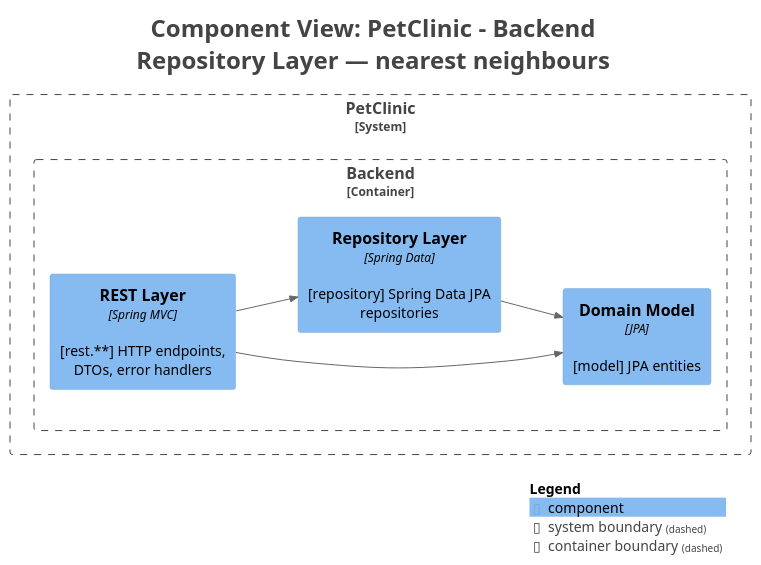
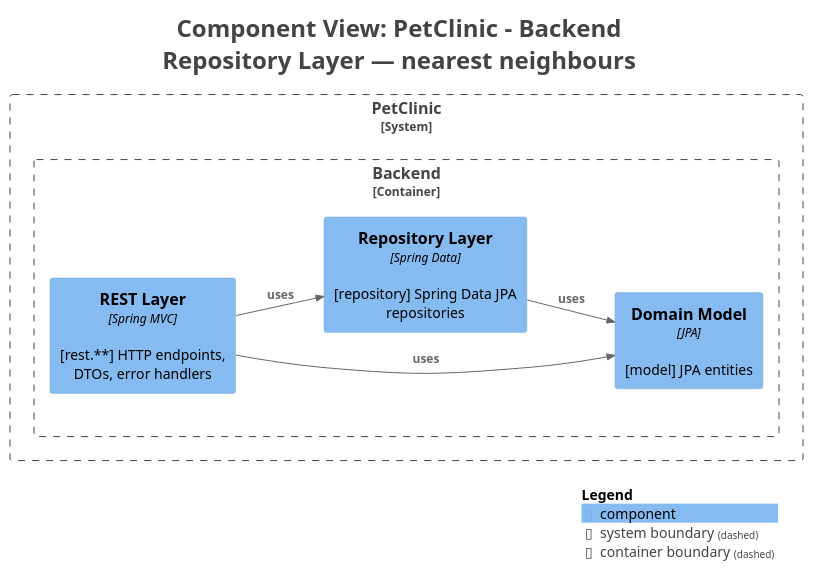
The diagram in petclinic-backend/docs/generated/c4views/C3-Repository.puml (victorrentea/petclinic), drawn with PlantUML before and after one commit. The commit also changed 47 other files, not shown here.

```diff
--- a/petclinic-backend/docs/generated/c4views/C3-Repository.puml
+++ b/petclinic-backend/docs/generated/c4views/C3-Repository.puml
@@ -1,33 +1,33 @@
 @startuml
 title <size:24>Component View: PetClinic - Backend</size>\n<size:24>Repository Layer — nearest neighbours</size>
 
 set separator none
 left to right direction
 
 <style>
   root {
     BackgroundColor: #ffffff
     FontColor: #444444
   }
 </style>
 
 !include <C4/C4>
 !include <C4/C4_Context>
 !include <C4/C4_Component>
 
 System_Boundary("PetClinic_boundary", "PetClinic", $tags="") {
   Container_Boundary("PetClinic.Backend_boundary", "Backend", $tags="") {
     Component(PetClinic.Backend.RESTLayer, "REST Layer", $techn="Spring MVC", $descr="[rest.**] HTTP endpoints, DTOs, error handlers", $tags="", $link="")
     Component(PetClinic.Backend.DomainModel, "Domain Model", $techn="JPA", $descr="[model] JPA entities", $tags="", $link="")
     Component(PetClinic.Backend.RepositoryLayer, "Repository Layer", $techn="Spring Data", $descr="[repository] Spring Data JPA repositories", $tags="", $link="")
   }
 
 }
 
-Rel(PetClinic.Backend.RESTLayer, PetClinic.Backend.DomainModel, "", $techn="", $tags="", $link="")
-Rel(PetClinic.Backend.RESTLayer, PetClinic.Backend.RepositoryLayer, "", $techn="", $tags="", $link="")
-Rel(PetClinic.Backend.RepositoryLayer, PetClinic.Backend.DomainModel, "", $techn="", $tags="", $link="")
+Rel(PetClinic.Backend.RESTLayer, PetClinic.Backend.DomainModel, "uses", $techn="", $tags="", $link="")
+Rel(PetClinic.Backend.RESTLayer, PetClinic.Backend.RepositoryLayer, "uses", $techn="", $tags="", $link="")
+Rel(PetClinic.Backend.RepositoryLayer, PetClinic.Backend.DomainModel, "uses", $techn="", $tags="", $link="")
 
 SHOW_LEGEND(true)
 hide stereotypes
 @enduml
```
